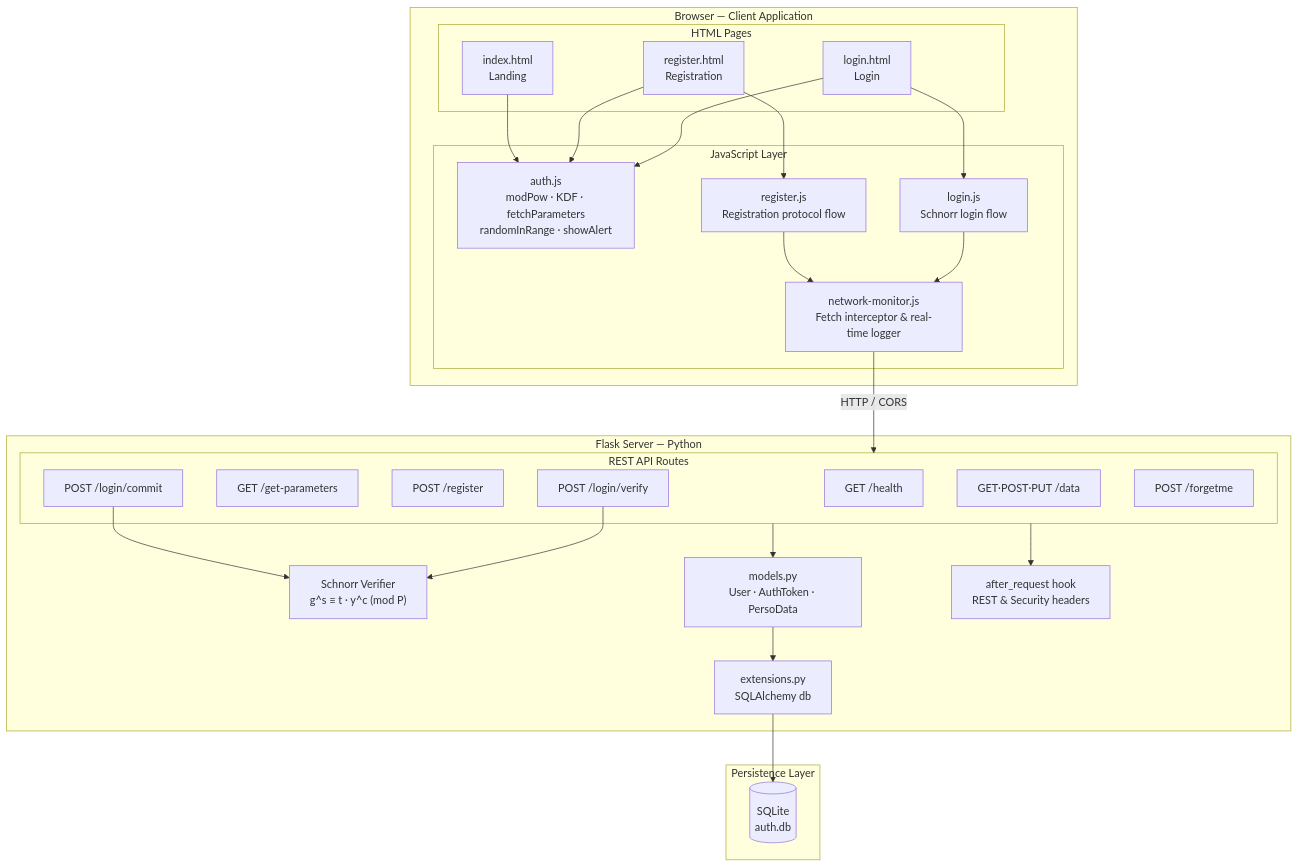
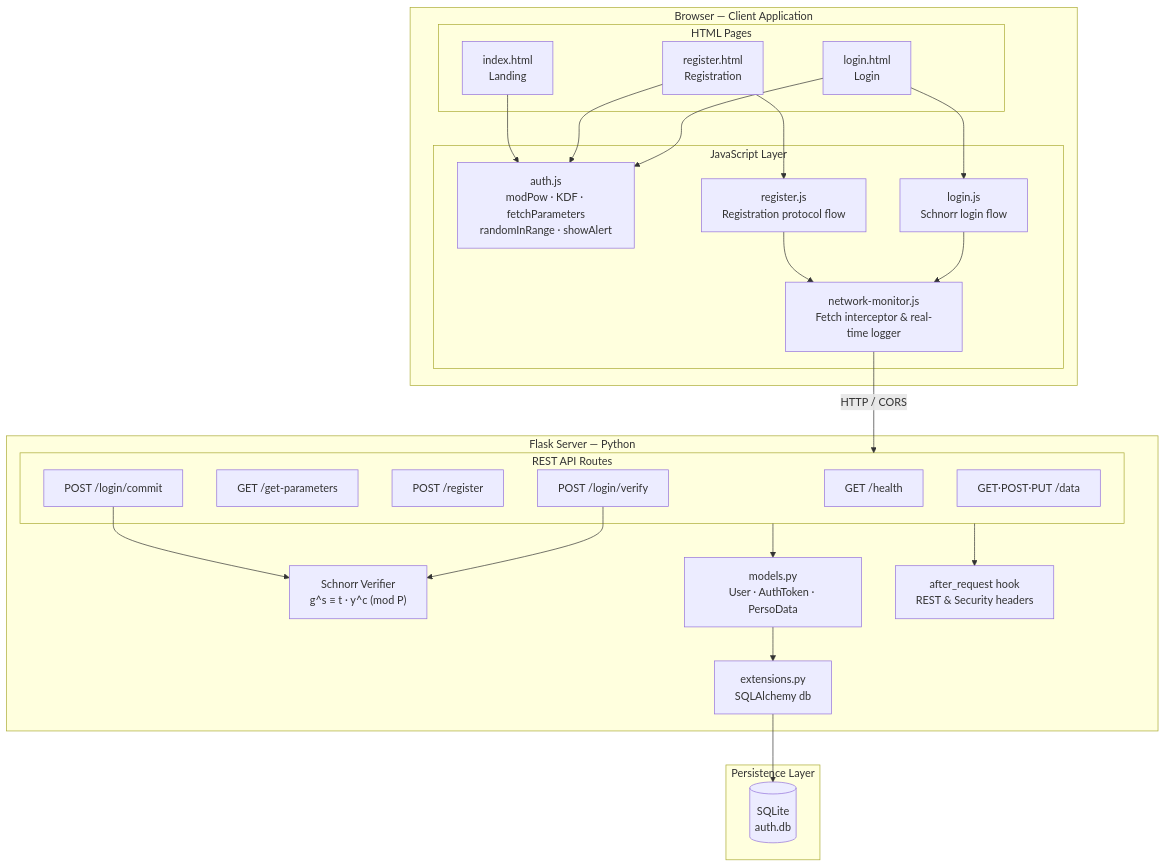
The diagram in diagrams/diagram_architecture.mmd (matei-rares-a/acas), drawn with Mermaid before and after one commit. The commit also changed 13 other files, not shown here.

```diff
--- a/diagrams/diagram_architecture.mmd
+++ b/diagrams/diagram_architecture.mmd
@@ -1,45 +1,44 @@
 graph TB
     subgraph Browser["Browser — Client Application"]
         subgraph Pages["HTML Pages"]
             INDEX["index.html\nLanding"]
             REG["register.html\nRegistration"]
             LOGIN["login.html\nLogin"]
         end
         subgraph JS["JavaScript Layer"]
             AUTH_JS["auth.js\nmodPow · KDF · fetchParameters\nrandomInRange · showAlert"]
             REG_JS["register.js\nRegistration protocol flow"]
             LOGIN_JS["login.js\nSchnorr login flow"]
             NM_JS["network-monitor.js\nFetch interceptor & real-time logger"]
         end
     end
 
     subgraph FlaskServer["Flask Server — Python"]
         subgraph Routes["REST API Routes"]
             R1["GET  /health"]
             R2["GET  /get-parameters"]
             R3["POST /register"]
             R4["POST /login/commit"]
             R5["POST /login/verify"]
             R6["GET·POST·PUT /data"]
-            R7["POST /forgetme"]
         end
         VERIFIER["Schnorr Verifier\ng^s ≡ t · y^c (mod P)"]
         MODELS["models.py\nUser · AuthToken · PersoData"]
         EXT["extensions.py\nSQLAlchemy db"]
         HEADERS["after_request hook\nREST & Security headers"]
     end
 
     subgraph Persistence["Persistence Layer"]
         DB[("SQLite\nauth.db")]
     end
 
     INDEX & REG & LOGIN --> AUTH_JS
     REG --> REG_JS
     LOGIN --> LOGIN_JS
     REG_JS & LOGIN_JS --> NM_JS
     NM_JS -->|"HTTP / CORS"| Routes
     R4 & R5 --> VERIFIER
     Routes --> MODELS
     Routes --> HEADERS
     MODELS --> EXT
     EXT --> DB
```
